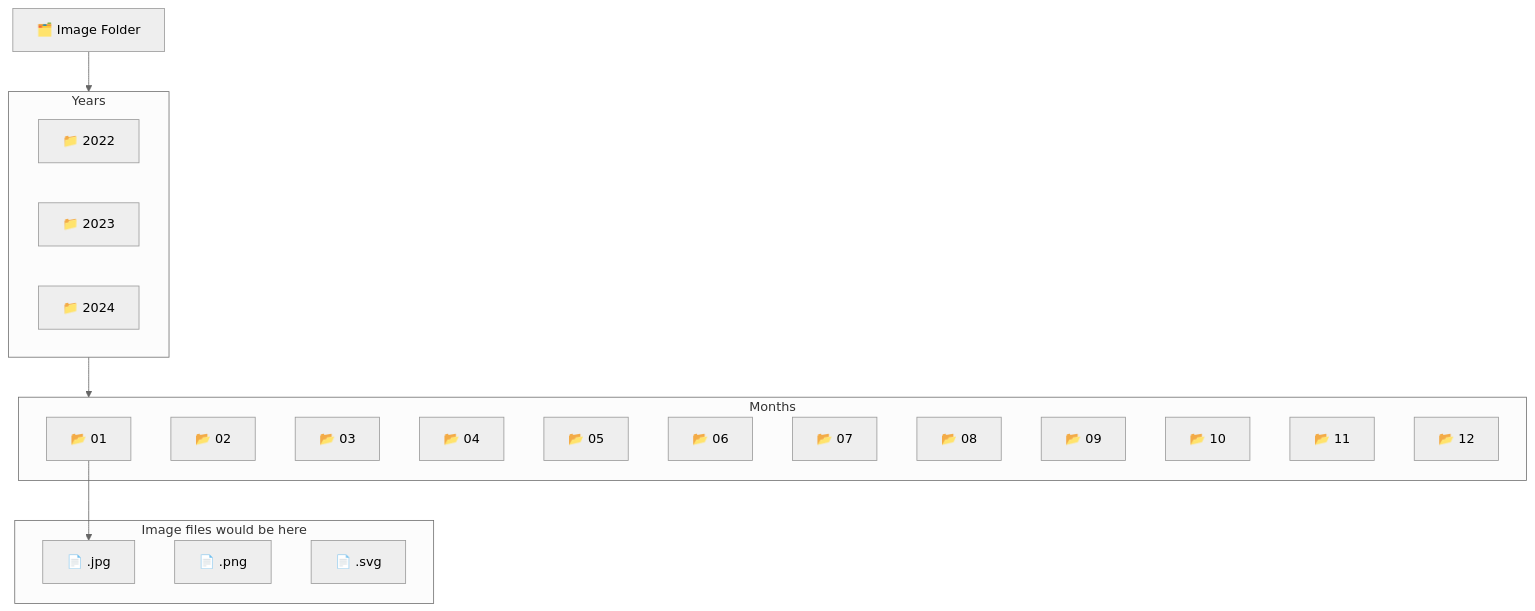
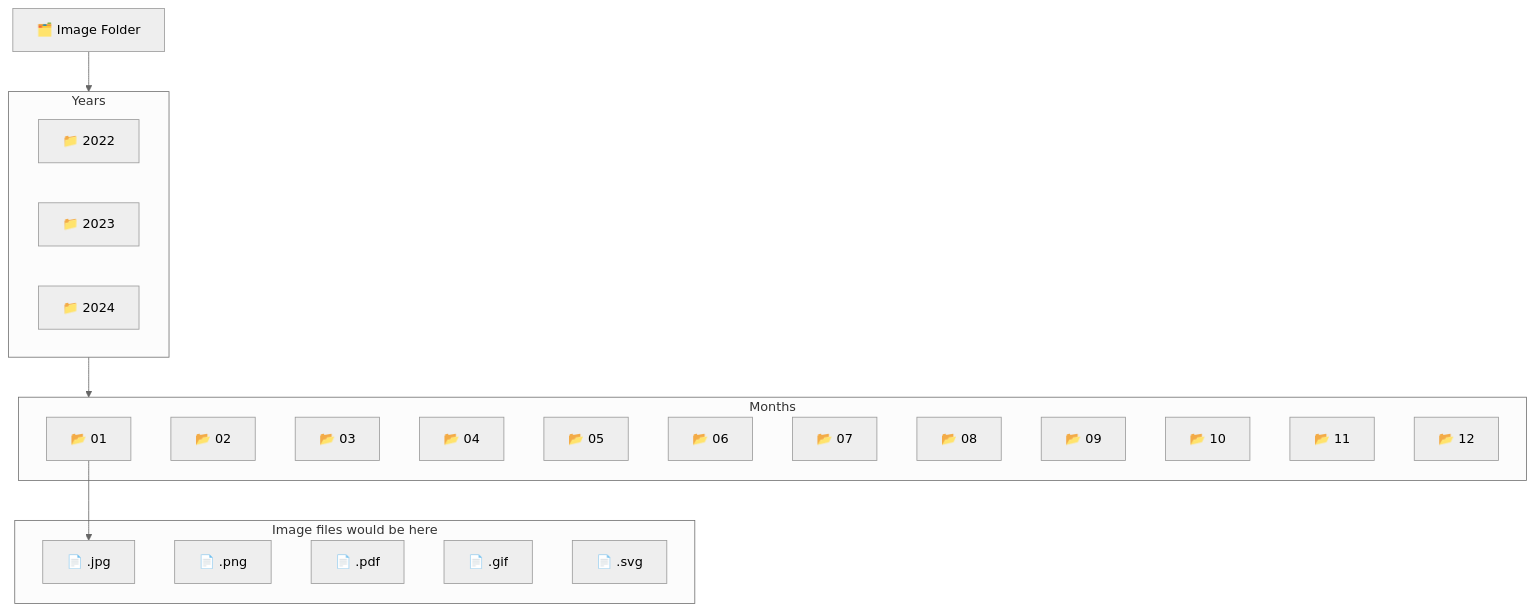
The diagram in README.md (jhunde/Automatic-File-Organizer), drawn with Mermaid (neutral theme) before and after one commit.

Commit message:
README Update: fixed flowchart

````diff
--- a/README.md
+++ b/README.md
@@ -13,35 +13,35 @@
 ```mermaid
 flowchart TD
 
 	ind[🗂️ Image Folder]-->Years
 	subgraph Years
 	y0[📁 2022]
 	y1[📁 2023]
 	y2[📁 2024]
 	end
 
 	Years-->Months
 	subgraph Months
 	f0[📂 01]
 	f1[📂 02]
 	f2[📂 03]
 	f3[📂 04]
 	f4[📂 05]
 	f5[📂 06]
 	f6[📂 07]
 	f7[📂 08]
 	f8[📂 09]
 	f9[📂 10]
 	f10[📂 11]
 	f11[📂 12]
 	end
 
 	f0-->p0[📄 .jpg]
 	subgraph Image files would be here
 	p0
 	p1[📄 .png]
 	p2[📄 .pdf]
-    p2[📄 .gif]
-    p2[📄 .svg]
+    p3[📄 .gif]
+    p4[📄 .svg]
 	end
 ```
````
